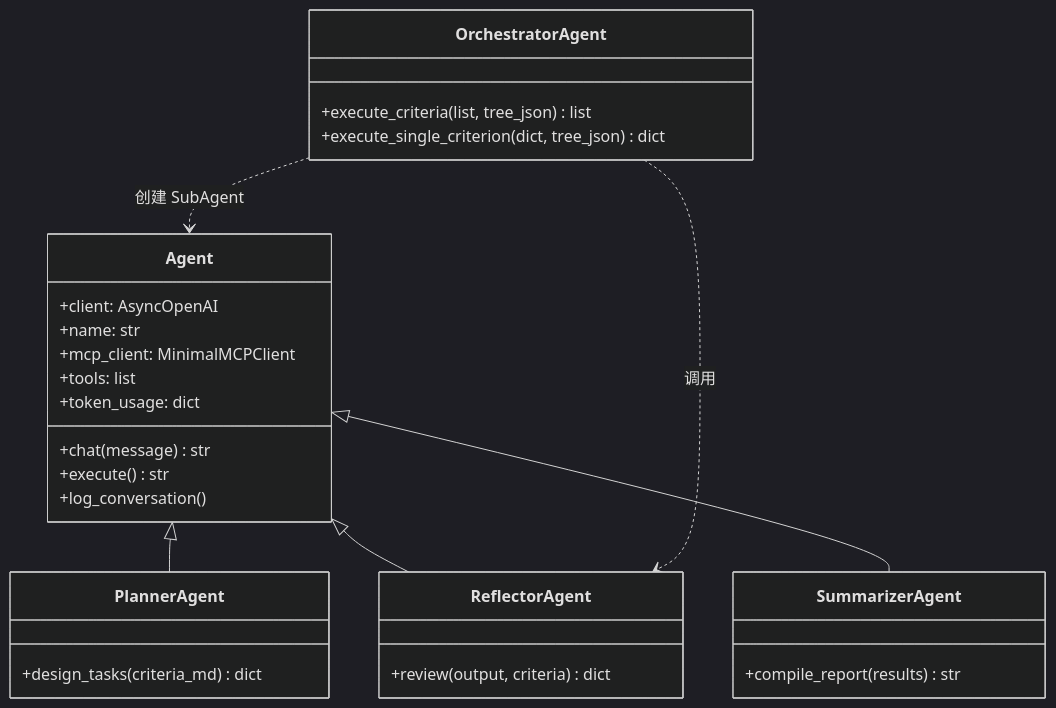
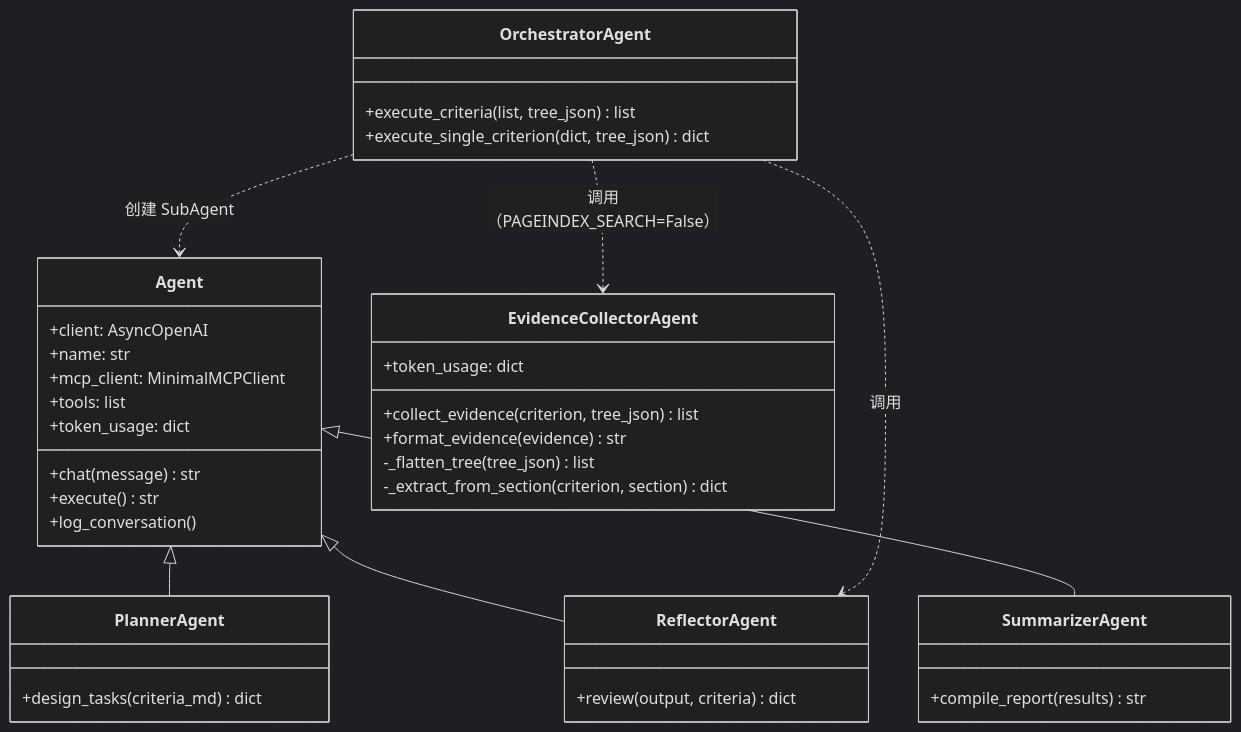
Before and after one commit to HoeTee/contract_agent: the third of 6 diagrams in project_intro/ARCHITECTURE.md, drawn with Mermaid (dark theme). The commit also changed other lines of this file and 38 other files, not shown here.

````diff
--- a/project_intro/ARCHITECTURE.md
+++ b/project_intro/ARCHITECTURE.md
@@ -142,36 +159,45 @@
 ```mermaid
 classDiagram
     class Agent {
         +client: AsyncOpenAI
         +name: str
         +mcp_client: MinimalMCPClient
         +tools: list
         +token_usage: dict
         +chat(message) str
         +execute() str
         +log_conversation()
     }
 
     class PlannerAgent {
         +design_tasks(criteria_md) dict
+    }
+
+    class EvidenceCollectorAgent {
+        +token_usage: dict
+        +collect_evidence(criterion, tree_json) list
+        +format_evidence(evidence) str
+        -_flatten_tree(tree_json) list
+        -_extract_from_section(criterion, section) dict
     }
 
     class OrchestratorAgent {
         +execute_criteria(list, tree_json) list
         +execute_single_criterion(dict, tree_json) dict
     }
 
     class ReflectorAgent {
         +review(output, criteria) dict
     }
 
     class SummarizerAgent {
         +compile_report(results) str
     }
 
     Agent <|-- PlannerAgent
     Agent <|-- ReflectorAgent
     Agent <|-- SummarizerAgent
     OrchestratorAgent ..> Agent : 创建 SubAgent
+    OrchestratorAgent ..> EvidenceCollectorAgent : 调用（PAGEINDEX_SEARCH=False）
     OrchestratorAgent ..> ReflectorAgent : 调用
 ```
````
